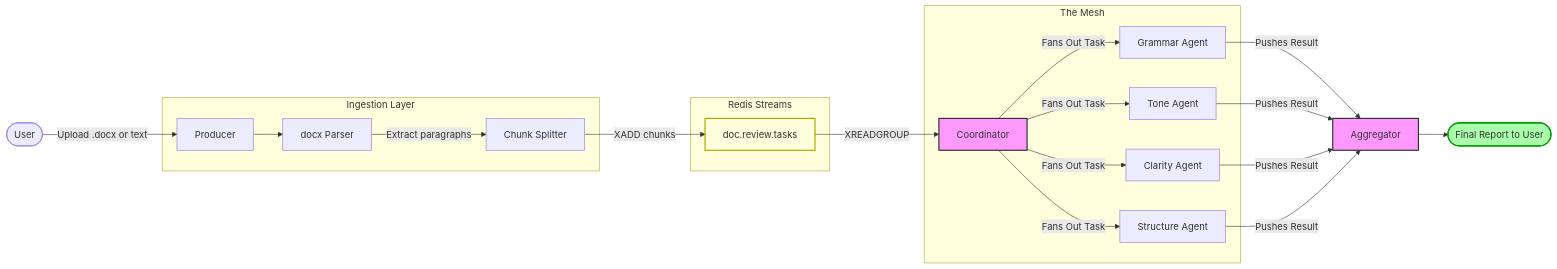
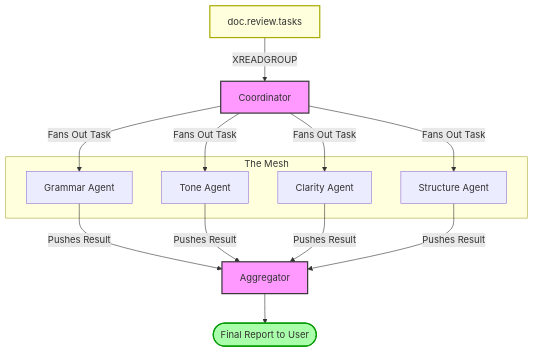
Before and after one commit to mehdi-mirzapour/agentic-mesh-tutorial: the second of 3 diagrams in README.md, drawn with Mermaid. The commit also changed other lines of this file, not shown here.

Commit message:
docs: split pipeline diagram into horizontal ingestion and vertical mesh

````diff
--- a/README.md
+++ b/README.md
@@ -26,45 +50,31 @@
 ```mermaid
-graph LR
-    User([User])
-
-    subgraph sg_ingest [Ingestion Layer]
-        Prod[Producer]
-        Parse[docx Parser]
-        Split[Chunk Splitter]
-    end
-
-    subgraph sg_redis [Redis Streams]
-        RS[doc.review.tasks]
-    end
+graph TD
+    RS[doc.review.tasks]
+    C[Coordinator]
 
     subgraph sg_mesh [The Mesh]
-        C[Coordinator]
         G[Grammar Agent]
         T[Tone Agent]
         Cl[Clarity Agent]
         S[Structure Agent]
     end
 
     A[Aggregator]
     Out([Final Report to User])
 
-    User -->|Upload .docx or text| Prod
-    Prod --> Parse
-    Parse -->|Extract paragraphs| Split
-    Split -->|XADD chunks| RS
     RS -->|XREADGROUP| C
     C -->|Fans Out Task| G
     C -->|Fans Out Task| T
     C -->|Fans Out Task| Cl
     C -->|Fans Out Task| S
     G -->|Pushes Result| A
     T -->|Pushes Result| A
     Cl -->|Pushes Result| A
     S -->|Pushes Result| A
     A --> Out
 
     style C fill:#f9f,stroke:#333,stroke-width:2px
     style A fill:#f9f,stroke:#333,stroke-width:2px
     style RS fill:#ffd,stroke:#aa0,stroke-width:2px
     style Out fill:#afa,stroke:#090,stroke-width:2px
 ```
````
